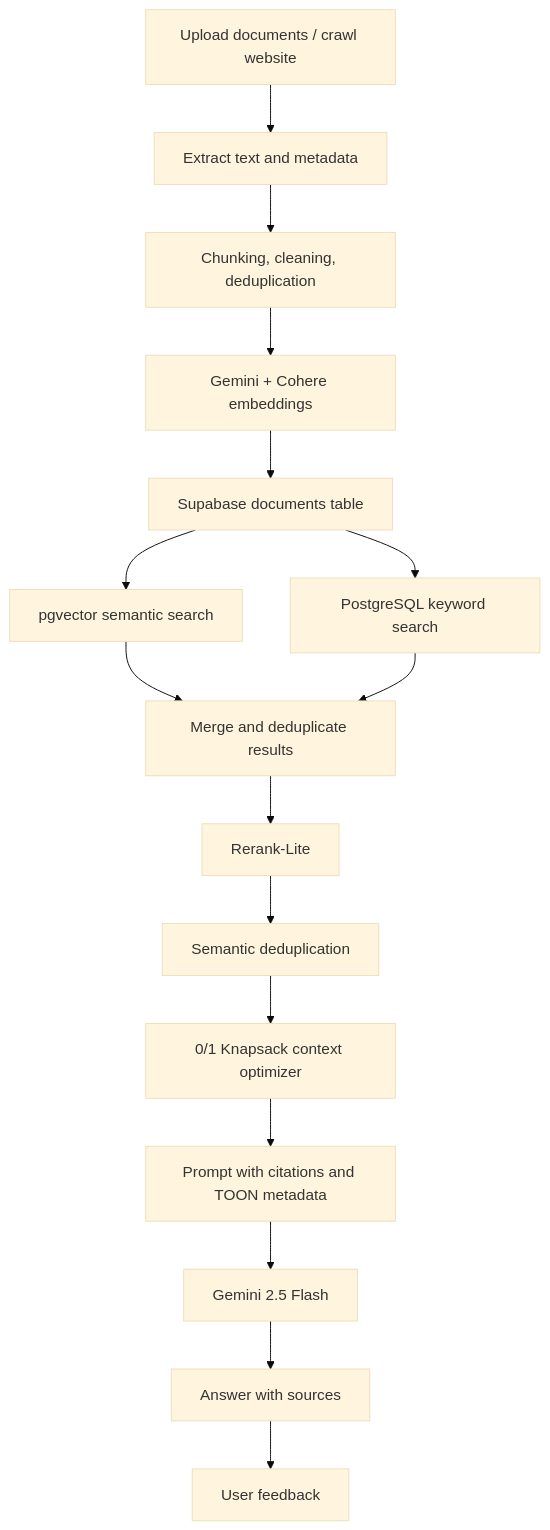
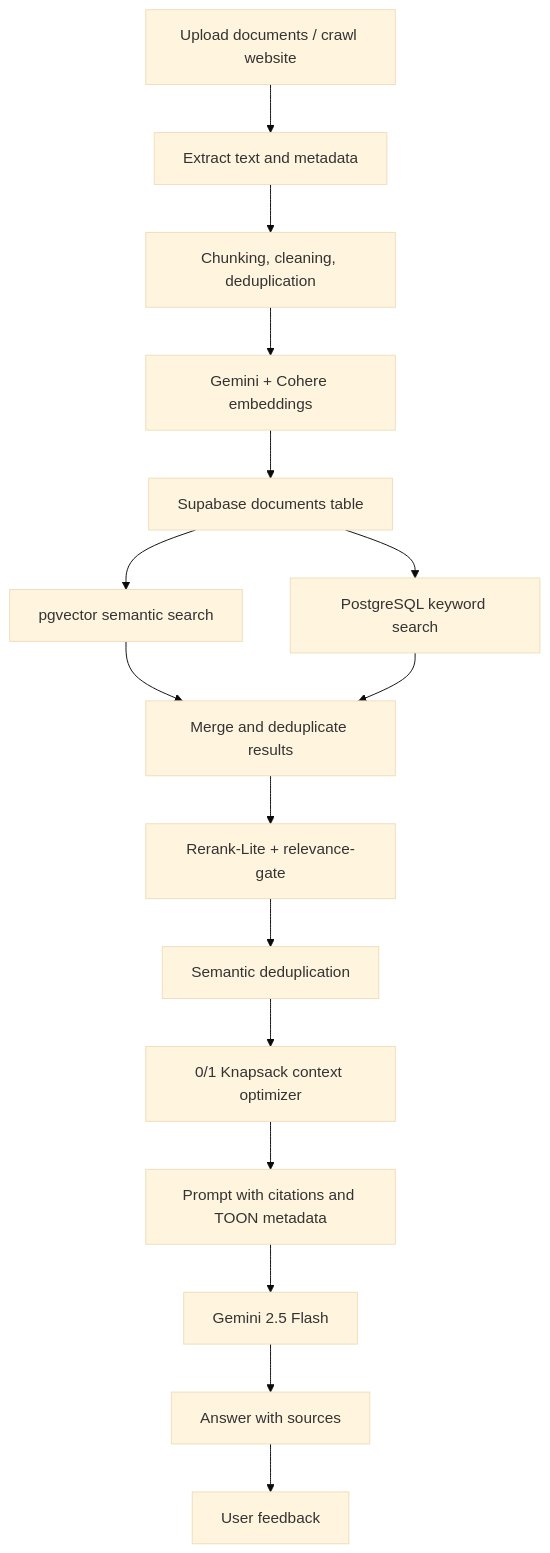
One commit to NITHISH74/Multimodal-RAG-Chatbot-with-DP-Optimization changed the diagram in README.md. Above: the diagram before and after it, drawn with Mermaid (base theme). The commit also changed other lines of this file and 35 other files, not shown here.

````diff
--- a/README.md
+++ b/README.md
@@ -41,18 +44,18 @@
 ```mermaid
 flowchart TD
     A["Upload documents / crawl website"] --> B["Extract text and metadata"]
     B --> C["Chunking, cleaning, deduplication"]
     C --> D["Gemini + Cohere embeddings"]
     D --> E["Supabase documents table"]
     E --> F["pgvector semantic search"]
     E --> G["PostgreSQL keyword search"]
     F --> H["Merge and deduplicate results"]
     G --> H
-    H --> I["Rerank-Lite"]
+    H --> I["Rerank-Lite + relevance-gate"]
     I --> J["Semantic deduplication"]
     J --> K["0/1 Knapsack context optimizer"]
     K --> L["Prompt with citations and TOON metadata"]
     L --> M["Gemini 2.5 Flash"]
     M --> N["Answer with sources"]
     N --> O["User feedback"]
 ```
````
